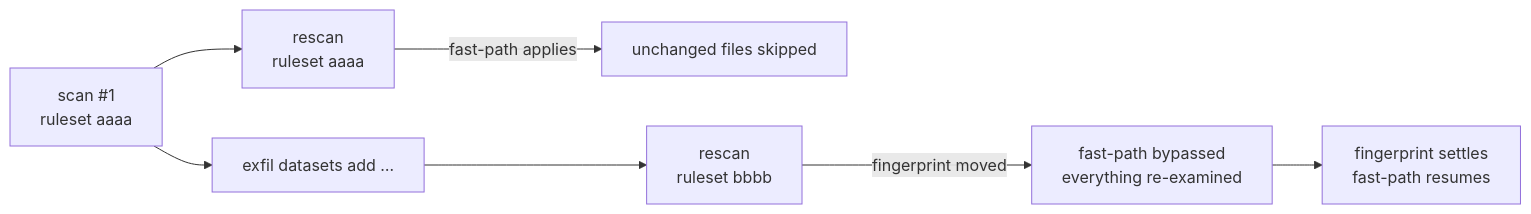
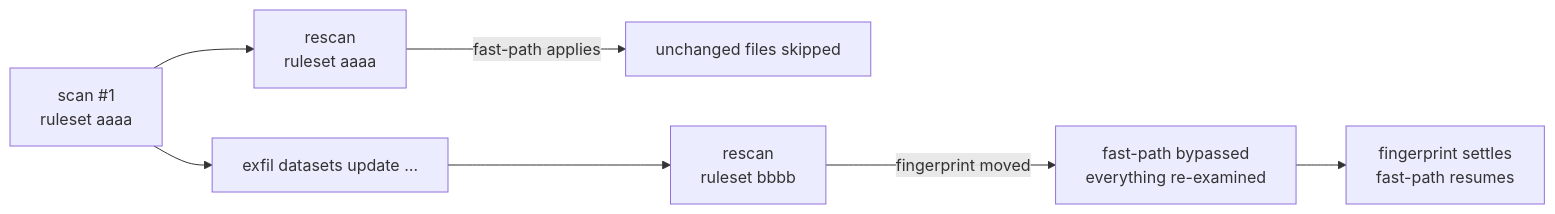
The second of 2 diagrams in docs/src/architecture/ranking.md (rangertaha/exfil), drawn with Mermaid before and after one commit. The commit also changed 6 other files, not shown here.

````diff
--- a/docs/src/architecture/ranking.md
+++ b/docs/src/architecture/ranking.md
@@ -247,9 +247,9 @@
 ```mermaid
 flowchart LR
     A["scan #1<br/>ruleset aaaa"] --> B["rescan<br/>ruleset aaaa"]
     B -->|fast-path applies| C["unchanged files skipped"]
-    A --> D["exfil datasets add …"]
+    A --> D["exfil datasets update …"]
     D --> E["rescan<br/>ruleset bbbb"]
     E -->|fingerprint moved| F["fast-path bypassed<br/>everything re-examined"]
     F --> G["fingerprint settles<br/>fast-path resumes"]
 ```
````
